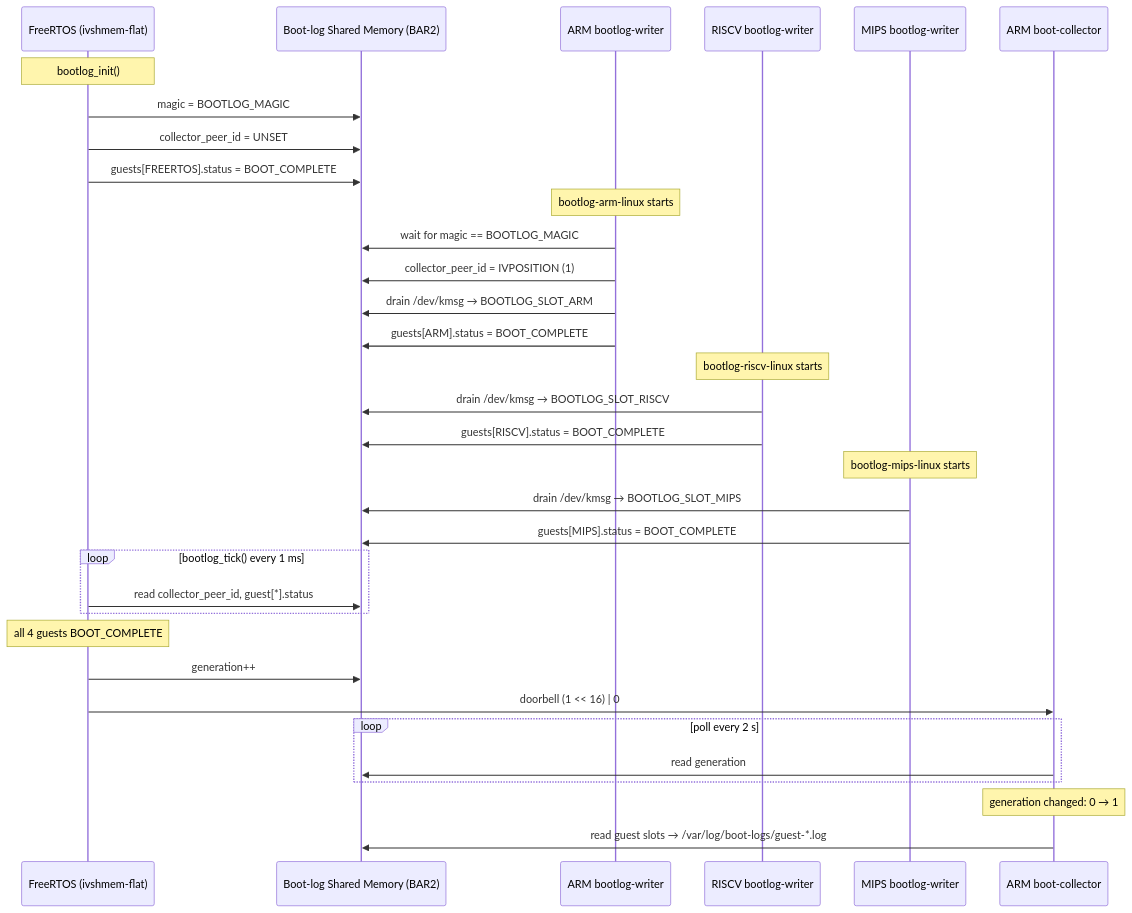
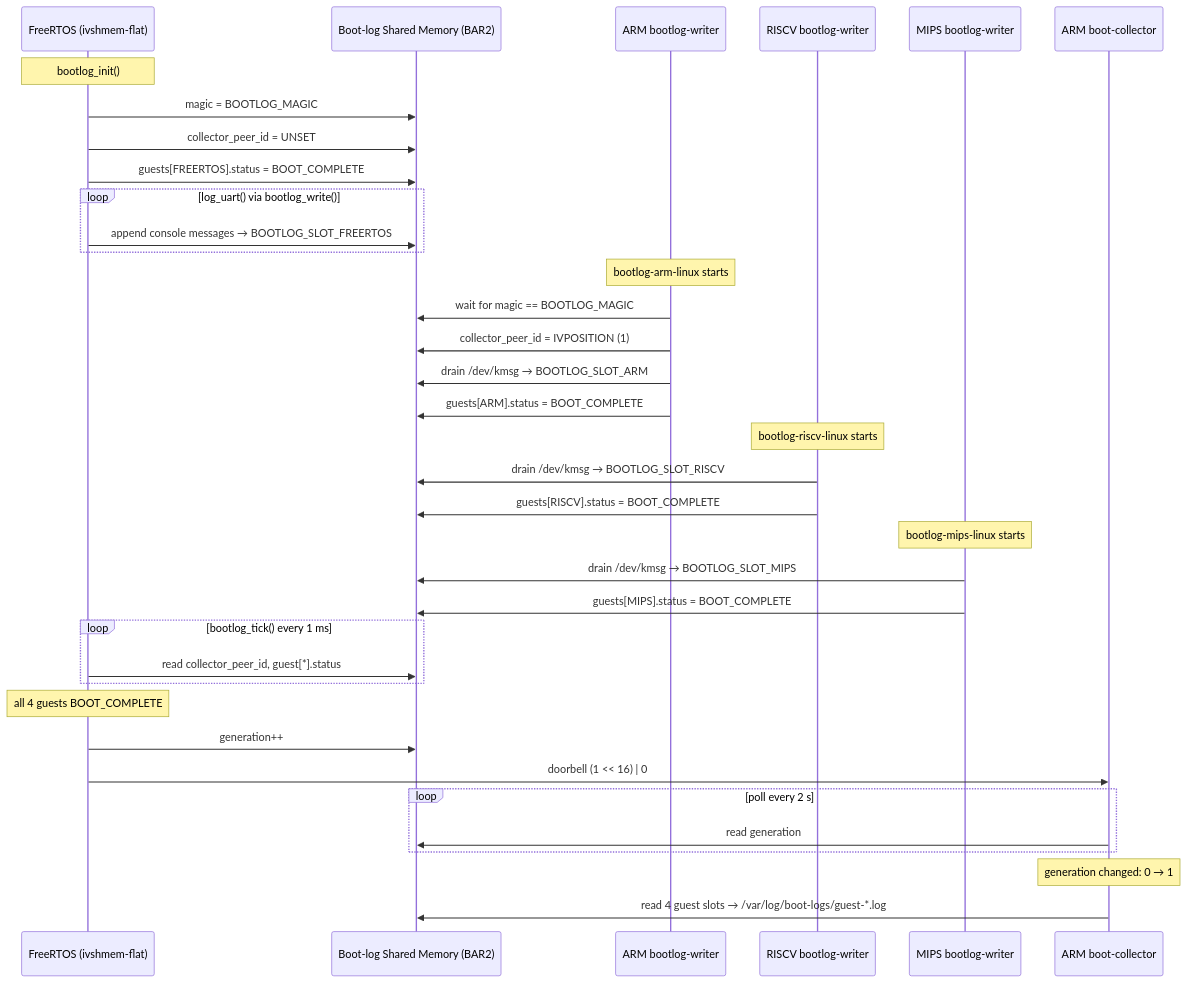
The first of 3 diagrams in README.md (yhsung/chimera), drawn with Mermaid before and after one commit. The commit also changed other lines of this file, not shown here.

Commit message:
docs: update boot-log docs for FreeRTOS log_uart collection
- Sequence diagram: add FreeRTOS writer loop
- Links table: clarify FreeRTOS uses log_uart, not /dev/kmsg
- Collector note: 4 guest slots now

````diff
--- a/README.md
+++ b/README.md
@@ -91,43 +91,47 @@
 ```mermaid
 sequenceDiagram
     participant FW as FreeRTOS (ivshmem-flat)
     participant SHM as Boot-log Shared Memory (BAR2)
     participant ARM_W as ARM bootlog-writer
     participant R_W as RISCV bootlog-writer
     participant M_W as MIPS bootlog-writer
     participant COL as ARM boot-collector
 
     Note over FW: bootlog_init()
     FW->>SHM: magic = BOOTLOG_MAGIC
     FW->>SHM: collector_peer_id = UNSET
     FW->>SHM: guests[FREERTOS].status = BOOT_COMPLETE
+
+    loop log_uart() via bootlog_write()
+        FW->>SHM: append console messages → BOOTLOG_SLOT_FREERTOS
+    end
 
     Note over ARM_W: bootlog-arm-linux starts
     ARM_W->>SHM: wait for magic == BOOTLOG_MAGIC
     ARM_W->>SHM: collector_peer_id = IVPOSITION (1)
     ARM_W->>SHM: drain /dev/kmsg → BOOTLOG_SLOT_ARM
     ARM_W->>SHM: guests[ARM].status = BOOT_COMPLETE
 
     Note over R_W: bootlog-riscv-linux starts
     R_W->>SHM: drain /dev/kmsg → BOOTLOG_SLOT_RISCV
     R_W->>SHM: guests[RISCV].status = BOOT_COMPLETE
 
     Note over M_W: bootlog-mips-linux starts
     M_W->>SHM: drain /dev/kmsg → BOOTLOG_SLOT_MIPS
     M_W->>SHM: guests[MIPS].status = BOOT_COMPLETE
 
     loop bootlog_tick() every 1 ms
         FW->>SHM: read collector_peer_id, guest[*].status
     end
 
     Note over FW: all 4 guests BOOT_COMPLETE
     FW->>SHM: generation++
     FW->>COL: doorbell (1 << 16) | 0
 
     loop poll every 2 s
         COL->>SHM: read generation
     end
 
     Note over COL: generation changed: 0 → 1
-    COL->>SHM: read guest slots → /var/log/boot-logs/guest-*.log
+    COL->>SHM: read 4 guest slots → /var/log/boot-logs/guest-*.log
 ```
````
